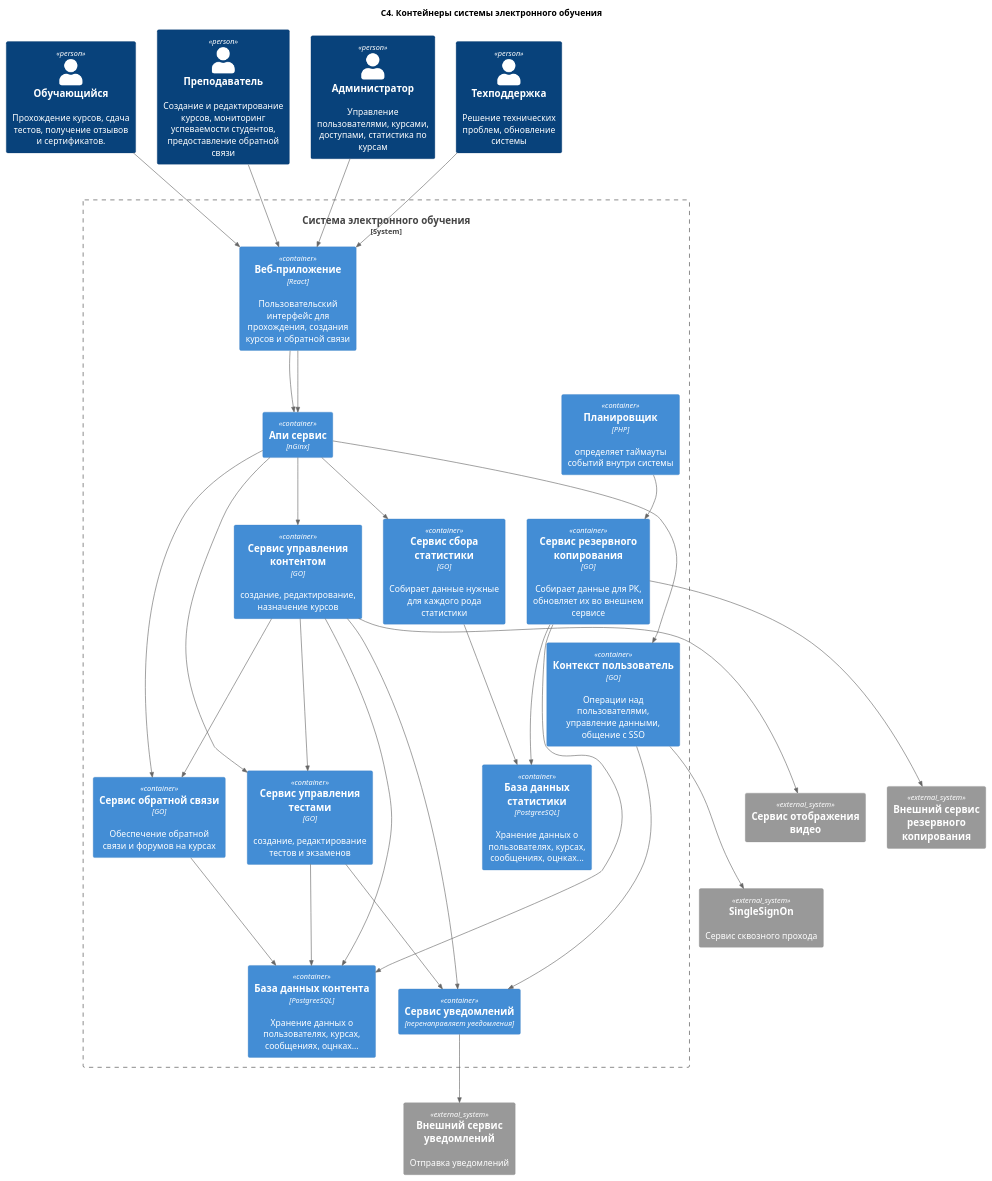
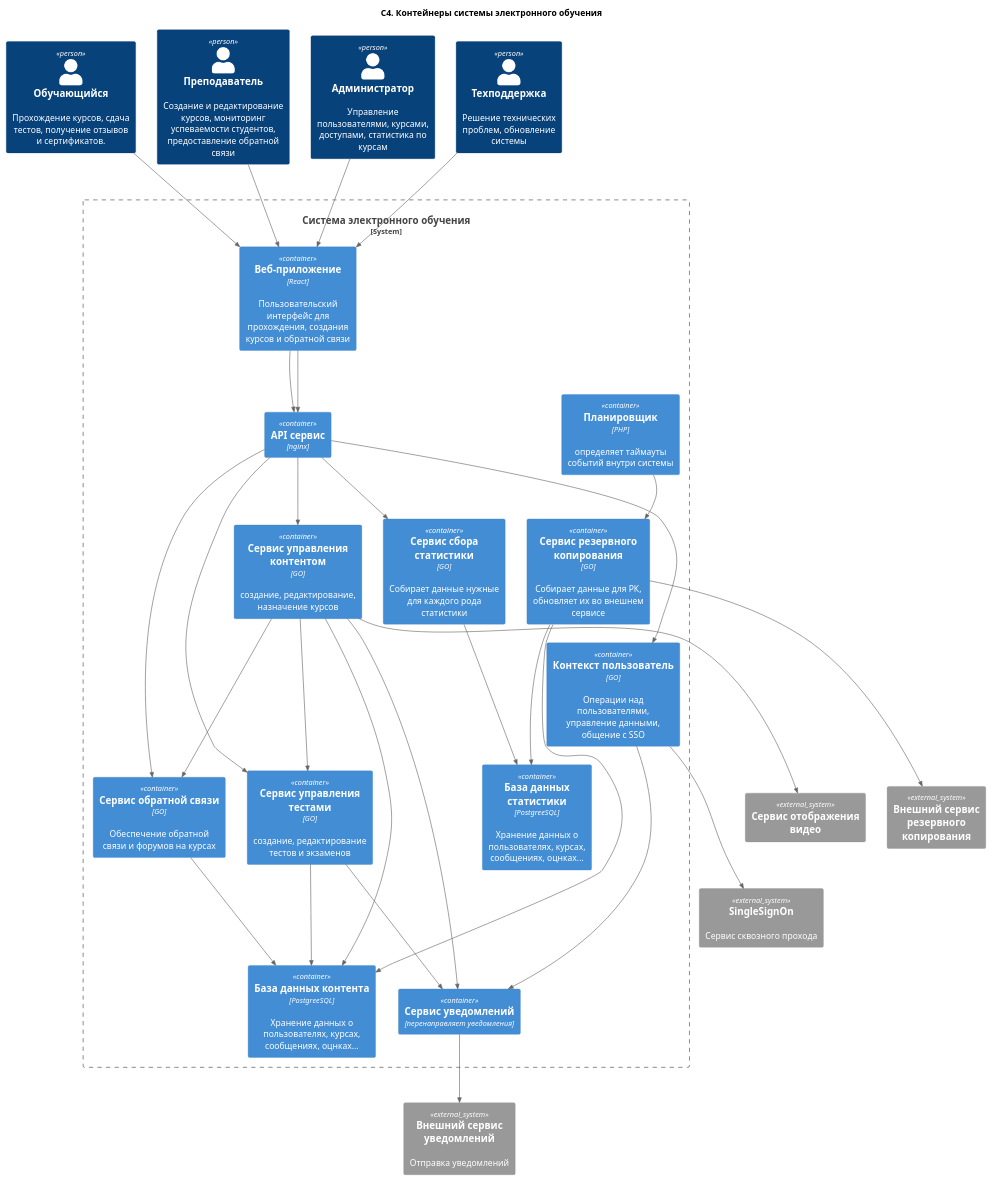
The diagram in 2. Технический проект/2.container.puml (AkshachRd/software-development), drawn with PlantUML before and after one commit.

Commit message:
Поправил орфографию.

```diff
--- a/2. Технический проект/2.container.puml
+++ b/2. Технический проект/2.container.puml
@@ -1,79 +1,79 @@
 @startuml Диаграмма контейнеров
 title "C4. Контейнеры системы электронного обучения"
 
 !include https://raw.githubusercontent.com/plantuml-stdlib/C4-PlantUML/master/C4_Container.puml
 
 ' Персоны
 Person(student, "Обучающийся", "Прохождение курсов, сдача тестов, получение отзывов и сертификатов.")
 Person(teacher, "Преподаватель", "Создание и редактирование курсов, мониторинг успеваемости студентов, предоставление обратной связи")
 Person(admin, "Администратор", "Управление пользователями, курсами, доступами, статистика по курсам")
 Person(support, "Техподдержка", "Решение технических проблем, обновление системы")
 
 ' Система
 System_Boundary(appElearning, "Система электронного обучения") {
    
     Container(webApp, "Веб-приложение", "React", "Пользовательский интерфейс для прохождения, создания курсов и обратной связи")
     
     
-        Container(APIGateway, "Апи сервис", "nGinx", "")
+        Container(APIGateway, "API сервис", "nginx", "")
         Container(userService, "Контекст пользователь", "GO", "Операции над пользователями, управление данными, общение с SSO")
         Container(contentManagerService, "Сервис управления контентом", "GO", "создание, редактирование, назначение курсов")
         Container(testManagerService, "Сервис управления тестами", "GO", "создание, редактирование тестов и экзаменов")
         Container(communicationService, "Сервис обратной связи", "GO", "Обеспечение обратной связи и форумов на курсах")
         Container(statisticsService, "Сервис сбора статистики", "GO", "Собирает данные нужные для каждого рода статистики")
         Container(backupService, "Сервис резервного копирования", "GO", "Собирает данные для РК, обновляет их во внешнем сервисе")
         Container(notificater, "Сервис уведомлений","перенаправляет уведомления")
     
 
 
     Container(crone, "Планировщик", "PHP", "определяет таймауты событий внутри системы")
     Container(dbStatistics, "База данных статистики", "PostgreeSQL", "Хранение данных о пользователях, курсах, сообщениях, оцнках...")
     Container(dbContent, "База данных контента", "PostgreeSQL", "Хранение данных о пользователях, курсах, сообщениях, оцнках...")
 }
 'типы бд: статистики, БД Контента, sso, 
 
 
 System_Ext(backupServiceInternal, "Внешний сервис резервного копирования", "")
 System_Ext(SSO, "SingleSignOn", "Сервис сквозного прохода")
 System_Ext(notificaterInternal, "Внешний сервис уведомлений", "Отправка уведомлений")
 System_Ext(viewVideoService, "Сервис отображения видео")
 
 Rel(student, webApp, "", "")
 Rel(teacher, webApp, "", "")
 Rel(admin, webApp, "", "")
 Rel(support, webApp, "", "")
 
 Rel(webApp, APIGateway, "", "")
 
 Rel(webApp, APIGateway, "", "")
 Rel(APIGateway, userService, "", "")
 Rel(APIGateway, contentManagerService, "", "")
 Rel(APIGateway, testManagerService, "", "")
 Rel(APIGateway, statisticsService, "", "")
 Rel(APIGateway, communicationService, "", "")
 
 Rel(userService, SSO, "", "")
 Rel(userService, notificater, "", "")
 
 Rel(contentManagerService, dbContent, "", "")
 Rel(contentManagerService, testManagerService, "", "")
 Rel(contentManagerService, viewVideoService, "", "")
 Rel(contentManagerService, notificater, "", "")
 Rel(contentManagerService, communicationService, "", "")
 
 Rel(testManagerService, dbContent, "", "")
 Rel(testManagerService, notificater, "", "")
 
 Rel(statisticsService, dbStatistics, "", "")
 
 Rel(notificater, notificaterInternal, "", "")
 
 Rel(backupService, dbStatistics, "", "")
 Rel(backupService, dbContent, "", "")
 Rel(backupService, backupServiceInternal, "", "")
 
 Rel(communicationService, dbContent, "", "")
 
 Rel(crone, backupService, "", "")
  
 @enduml
```
